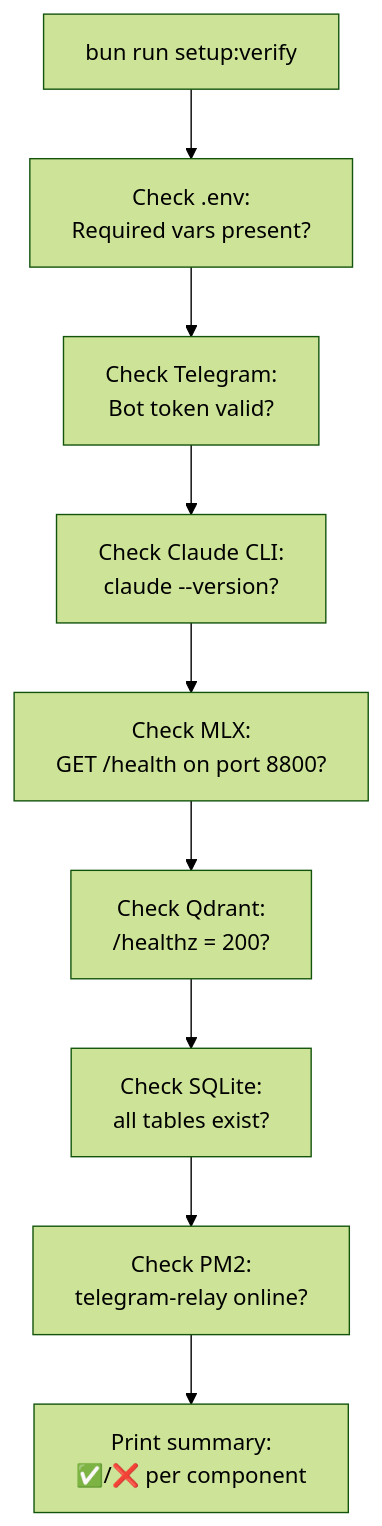
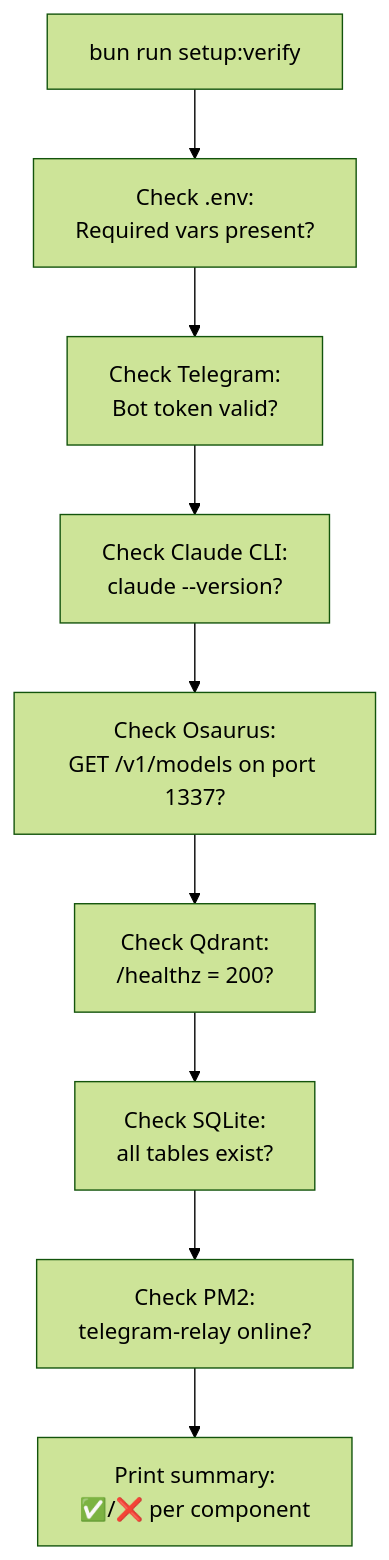
Before and after one commit to furi-wigt/claude-telegram-relay: the sixth of 6 diagrams in docs/observability.md, drawn with Mermaid (forest theme). The commit also changed other lines of this file and 23 other files, not shown here.

````diff
--- a/docs/observability.md
+++ b/docs/observability.md
@@ -430,11 +435,11 @@
 ```mermaid
 flowchart TD
     SV[bun run setup:verify] --> ENV[Check .env:\nRequired vars present?]
     ENV --> TG[Check Telegram:\nBot token valid?]
     TG --> CL[Check Claude CLI:\nclaude --version?]
-    CL --> MLX[Check MLX:\nGET /health on port 8800?]
-    MLX --> QD[Check Qdrant:\n/healthz = 200?]
+    CL --> OSR[Check Osaurus:\nGET /v1/models on port 1337?]
+    OSR --> QD[Check Qdrant:\n/healthz = 200?]
     QD --> DB[Check SQLite:\nall tables exist?]
     DB --> PM2[Check PM2:\ntelegram-relay online?]
     PM2 --> OUT[Print summary:\n✅/❌ per component]
 ```
````
